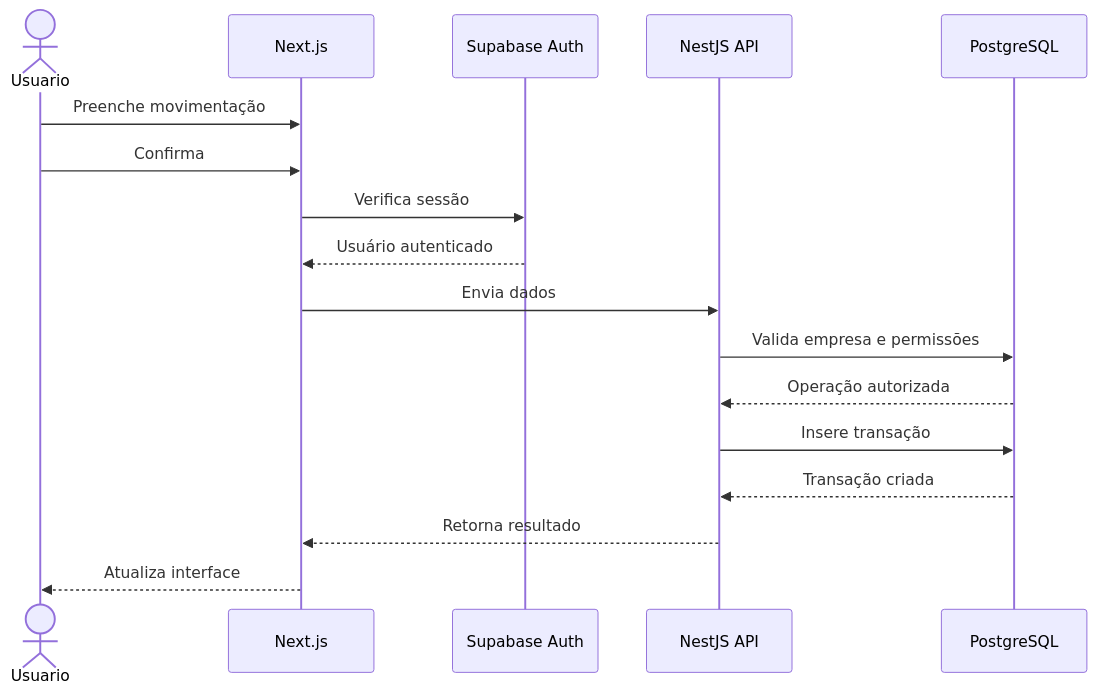
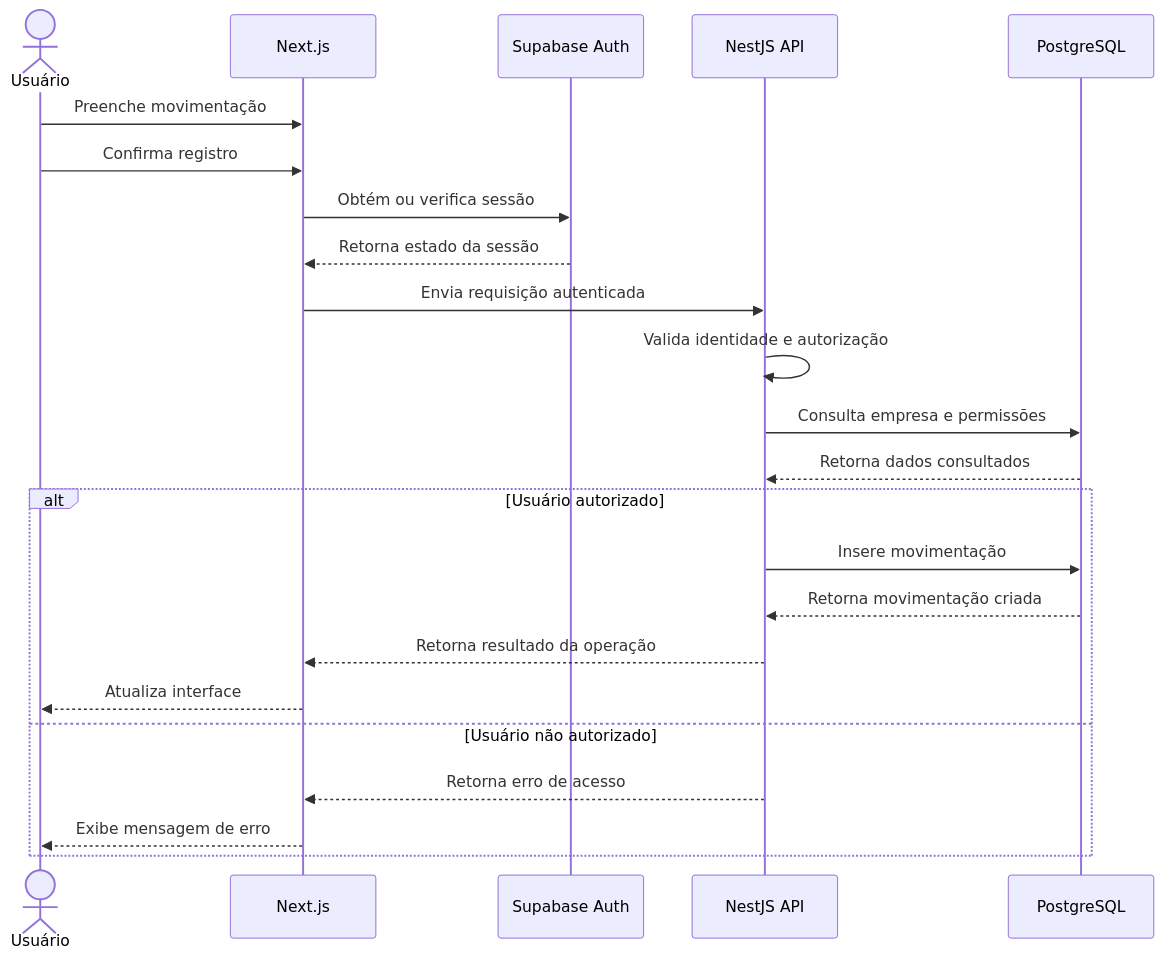
One commit to Rayck4dev/MetricsFlow_AI changed the third of 6 diagrams in docs/diagramas/uml.md. Above: the diagram before and after it, drawn with Mermaid. The commit also changed other lines of this file and 14 other files, not shown here.

````diff
--- a/docs/diagramas/uml.md
+++ b/docs/diagramas/uml.md
@@ -125,25 +175,29 @@
 ```mermaid
 sequenceDiagram
-
-    actor Usuario
+    actor Usuario as Usuário
     participant Frontend as Next.js
     participant Auth as Supabase Auth
     participant API as NestJS API
     participant DB as PostgreSQL
 
     Usuario->>Frontend: Preenche movimentação
-    Usuario->>Frontend: Confirma
+    Usuario->>Frontend: Confirma registro
 
-    Frontend->>Auth: Verifica sessão
-    Auth-->>Frontend: Usuário autenticado
+    Frontend->>Auth: Obtém ou verifica sessão
+    Auth-->>Frontend: Retorna estado da sessão
 
-    Frontend->>API: Envia dados
-    API->>DB: Valida empresa e permissões
-    DB-->>API: Operação autorizada
+    Frontend->>API: Envia requisição autenticada
+    API->>API: Valida identidade e autorização
+    API->>DB: Consulta empresa e permissões
+    DB-->>API: Retorna dados consultados
 
-    API->>DB: Insere transação
-    DB-->>API: Transação criada
-
-    API-->>Frontend: Retorna resultado
-    Frontend-->>Usuario: Atualiza interface
+    alt Usuário autorizado
+        API->>DB: Insere movimentação
+        DB-->>API: Retorna movimentação criada
+        API-->>Frontend: Retorna resultado da operação
+        Frontend-->>Usuario: Atualiza interface
+    else Usuário não autorizado
+        API-->>Frontend: Retorna erro de acesso
+        Frontend-->>Usuario: Exibe mensagem de erro
+    end
 ```
````
